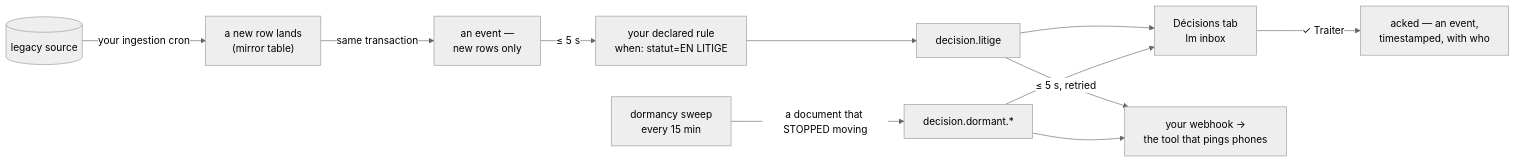
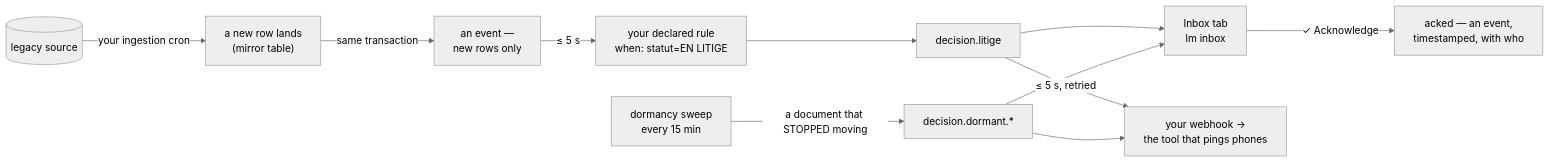
One commit to icreated/lumnik-open changed the diagram in docs/respiration.md. Above: the diagram before and after it, drawn with Mermaid (neutral theme). The commit also changed other lines of this file and 634 other files, not shown here.

````diff
--- a/docs/respiration.md
+++ b/docs/respiration.md
@@ -15,13 +15,13 @@
 ```mermaid
 flowchart LR
   erp[("legacy source")] -->|"your ingestion cron"| row["a new row lands<br/>(mirror table)"]
   row -->|"same transaction"| ev["an event —<br/>new rows only"]
   ev -->|"≤ 5 s"| proc["your declared rule<br/>when: statut=EN LITIGE"]
   proc --> dec["decision.litige"]
-  dec --> inbox["Décisions tab<br/>lm inbox"]
+  dec --> inbox["Inbox tab<br/>lm inbox"]
   dec -->|"≤ 5 s, retried"| hook["your webhook →<br/>the tool that pings phones"]
   sweep["dormancy sweep<br/>every 15 min"] -->|"a document that STOPPED moving"| dec2["decision.dormant.*"]
   dec2 --> inbox
   dec2 --> hook
-  inbox -->|"✓ Traiter"| ack["acked — an event,<br/>timestamped, with who"]
+  inbox -->|"✓ Acknowledge"| ack["acked — an event,<br/>timestamped, with who"]
 ```
````
